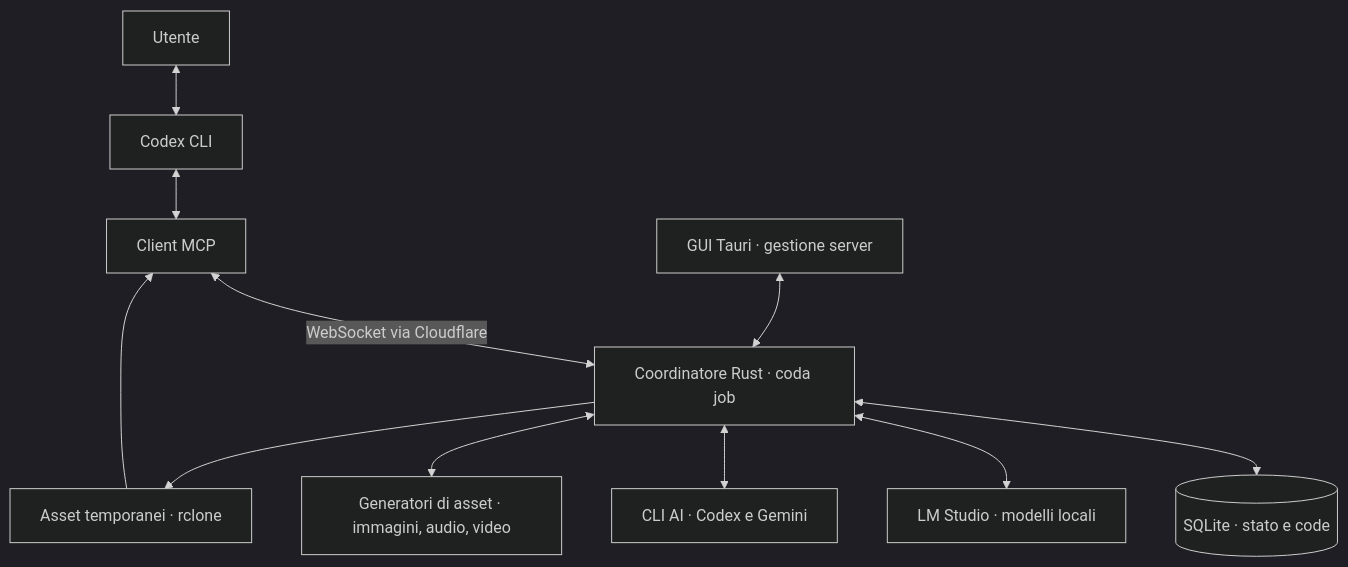
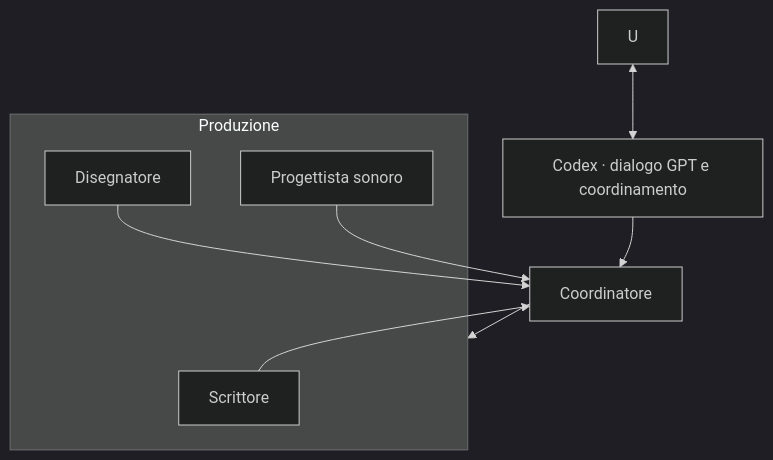
The first of 10 diagrams in README.md (DRincs-Productions/LM-Studio), drawn with Mermaid (dark theme) before and after one commit. The commit also changed other lines of this file, not shown here.

Commit message:
docs: restore original architecture graph removing only crossed-out elements

````diff
--- a/README.md
+++ b/README.md
@@ -54,13 +54,14 @@
 ```mermaid
 flowchart TD
-    U[Utente] <--> X[Codex CLI]
-    X <--> M[Client MCP]
-    M <-->|WebSocket via Cloudflare| C[Coordinatore Rust · coda job]
-    C <--> Q[(SQLite · stato e code)]
-    C <--> L[LM Studio · modelli locali]
-    C <--> A[CLI AI · Codex e Gemini]
-    C <--> G[Generatori di asset · immagini, audio, video]
-    C --> F[Asset temporanei · rclone]
-    F --> M
-    T[GUI Tauri · gestione server] <--> C
+    U <--> X[Codex · dialogo GPT e coordinamento]
+    X --> C[Coordinatore]
+    C --> PRODUZIONE
+    subgraph PRODUZIONE[Produzione]
+        W[Scrittore]
+        D[Disegnatore]
+        S[Progettista sonoro]
+    end
+    W --> C
+    D --> C
+    S --> C
 ```
````
